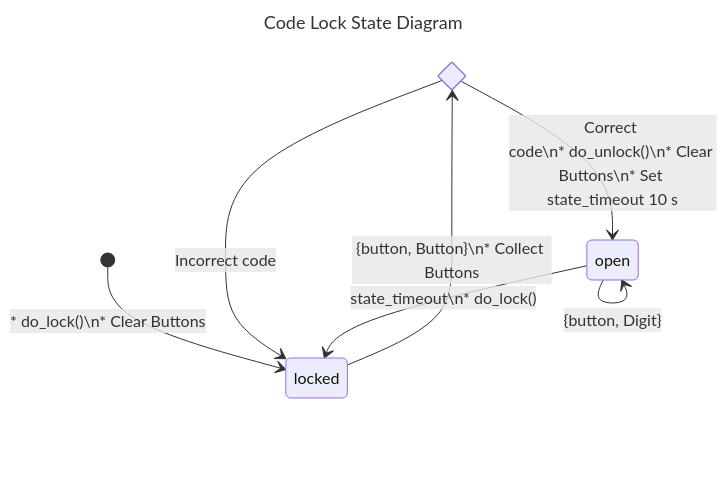
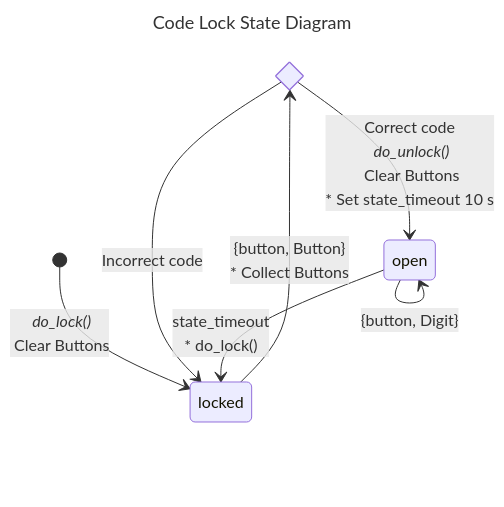
One commit to erlang/otp changed the second of 3 diagrams in system/doc/design_principles/statem.md. Above: the diagram before and after it, drawn with Mermaid. The commit also changed other lines of this file, not shown here.

Commit message:
Fix linebreaks in gen_statem diagrams

````diff
--- a/system/doc/design_principles/statem.md
+++ b/system/doc/design_principles/statem.md
@@ -563,16 +563,16 @@
 ```mermaid
 ---
 title: Code Lock State Diagram
 ---
 stateDiagram-v2
     state check_code <<choice>>
 
-    [*]         --> locked : * do_lock()\n* Clear Buttons
+    [*]         --> locked : * do_lock()<br />* Clear Buttons
 
-    locked      --> check_code : {button, Button}\n* Collect Buttons
+    locked      --> check_code : {button, Button}<br />* Collect Buttons
     check_code  --> locked     : Incorrect code
-    check_code  --> open       : Correct code\n* do_unlock()\n* Clear Buttons\n* Set state_timeout 10 s
+    check_code  --> open       : Correct code<br />* do_unlock()<br />* Clear Buttons<br />* Set state_timeout 10 s
 
     open        --> open   : {button, Digit}
-    open        --> locked : state_timeout\n* do_lock()
+    open        --> locked : state_timeout<br />* do_lock()
 ```
````
